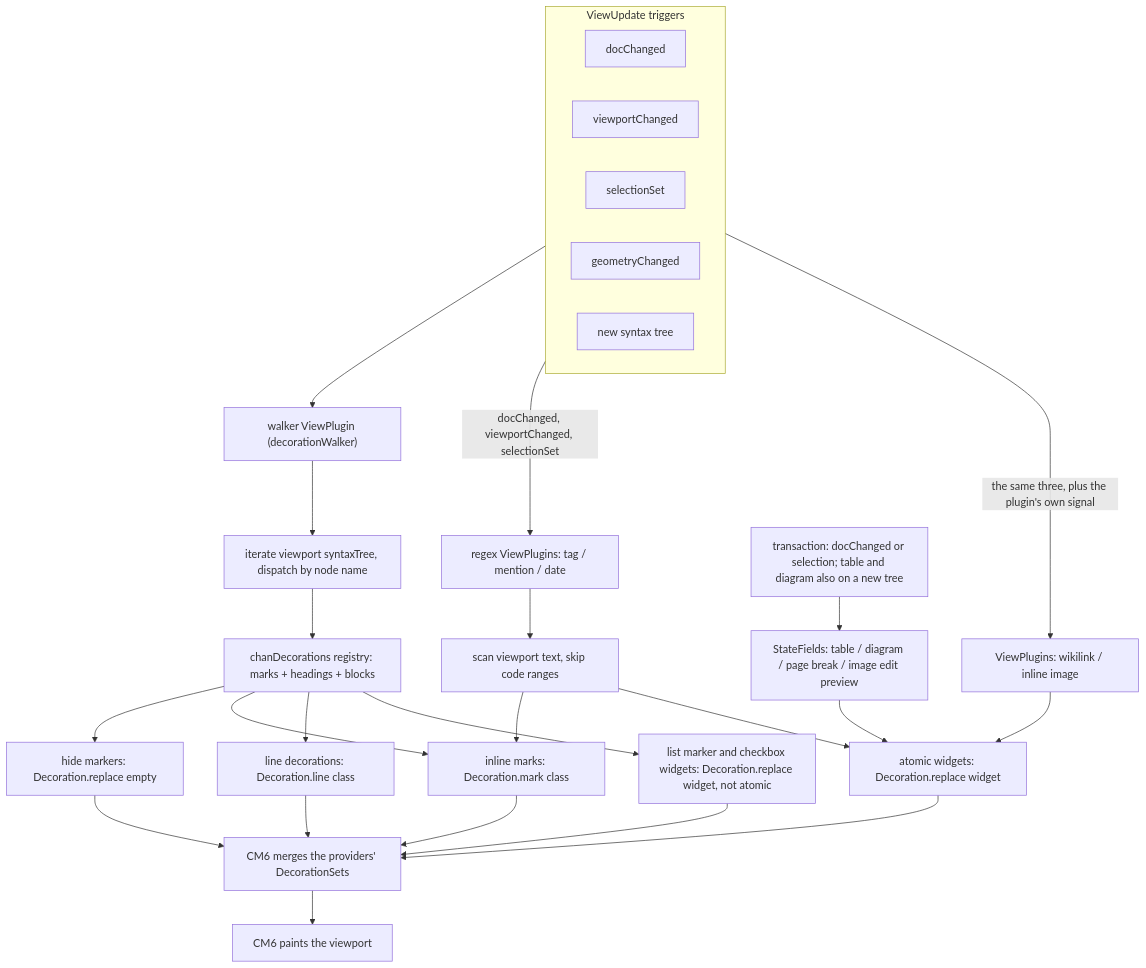
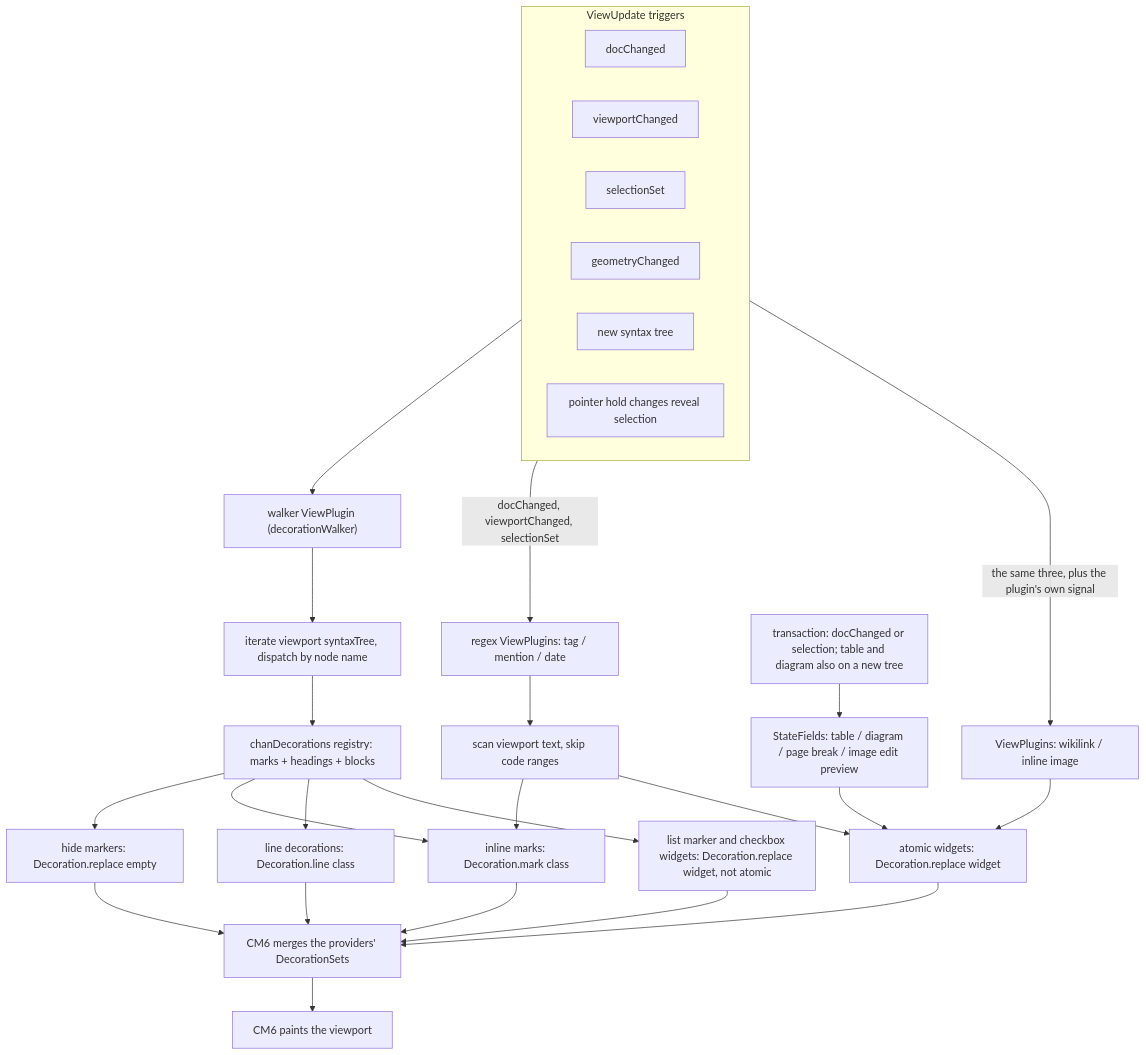
One commit to fiorix/chan changed the first of 4 diagrams in web/packages/workspace-app/src/editor/design.md. Above: the diagram before and after it, drawn with Mermaid. The commit also changed other lines of this file and 5 other files, not shown here.

First line of the commit message:
fix(web): keep pointer reveal held across background effects

````diff
--- a/web/packages/workspace-app/src/editor/design.md
+++ b/web/packages/workspace-app/src/editor/design.md
@@ -53,32 +54,33 @@
 ```mermaid
 flowchart TD
   subgraph TRIG["ViewUpdate triggers"]
     direction LR
     T1["docChanged"]
     T2["viewportChanged"]
     T3["selectionSet"]
     T4["geometryChanged"]
     T5["new syntax tree"]
+    T6["pointer hold changes reveal selection"]
   end
   TRIG --> Walker["walker ViewPlugin (decorationWalker)"]
   Walker --> Iter["iterate viewport syntaxTree, dispatch by node name"]
   Iter --> Reg["chanDecorations registry: marks + headings + blocks"]
   Reg --> K1["hide markers: Decoration.replace empty"]
   Reg --> K2["inline marks: Decoration.mark class"]
   Reg --> K3["line decorations: Decoration.line class"]
   Reg --> K5["list marker and checkbox widgets: Decoration.replace widget, not atomic"]
   TRIG -->|"docChanged, viewportChanged, selectionSet"| Regex["regex ViewPlugins: tag / mention / date"]
   Regex --> Skip["scan viewport text, skip code ranges"]
   Skip --> K2
   Skip --> K4["atomic widgets: Decoration.replace widget"]
   TRIG -->|"the same three, plus the plugin's own signal"| Atoms["ViewPlugins: wikilink / inline image"]
   Atoms --> K4
   TR["transaction: docChanged or selection; table and diagram also on a new tree"] --> Fields["StateFields: table / diagram / page break / image edit preview"]
   Fields --> K4
   K1 --> Merge["CM6 merges the providers' DecorationSets"]
   K2 --> Merge
   K3 --> Merge
   K4 --> Merge
   K5 --> Merge
   Merge --> Render["CM6 paints the viewport"]
 ```
````
